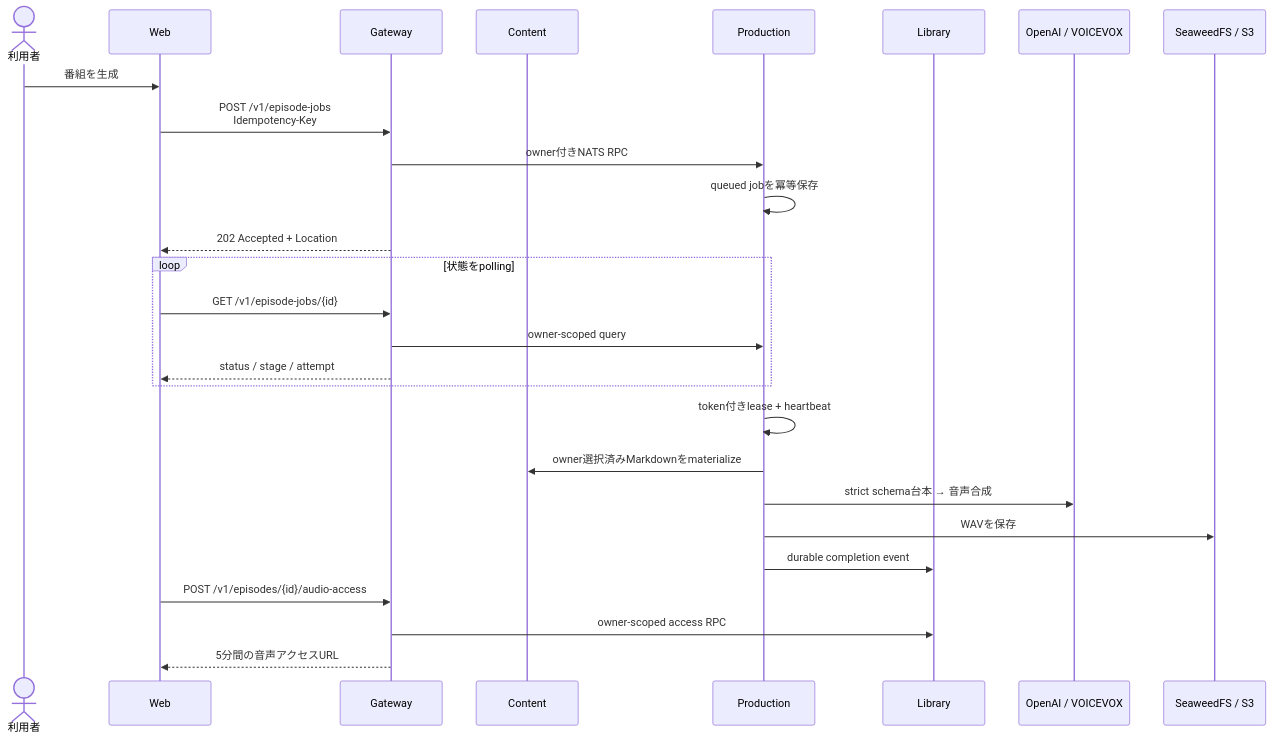
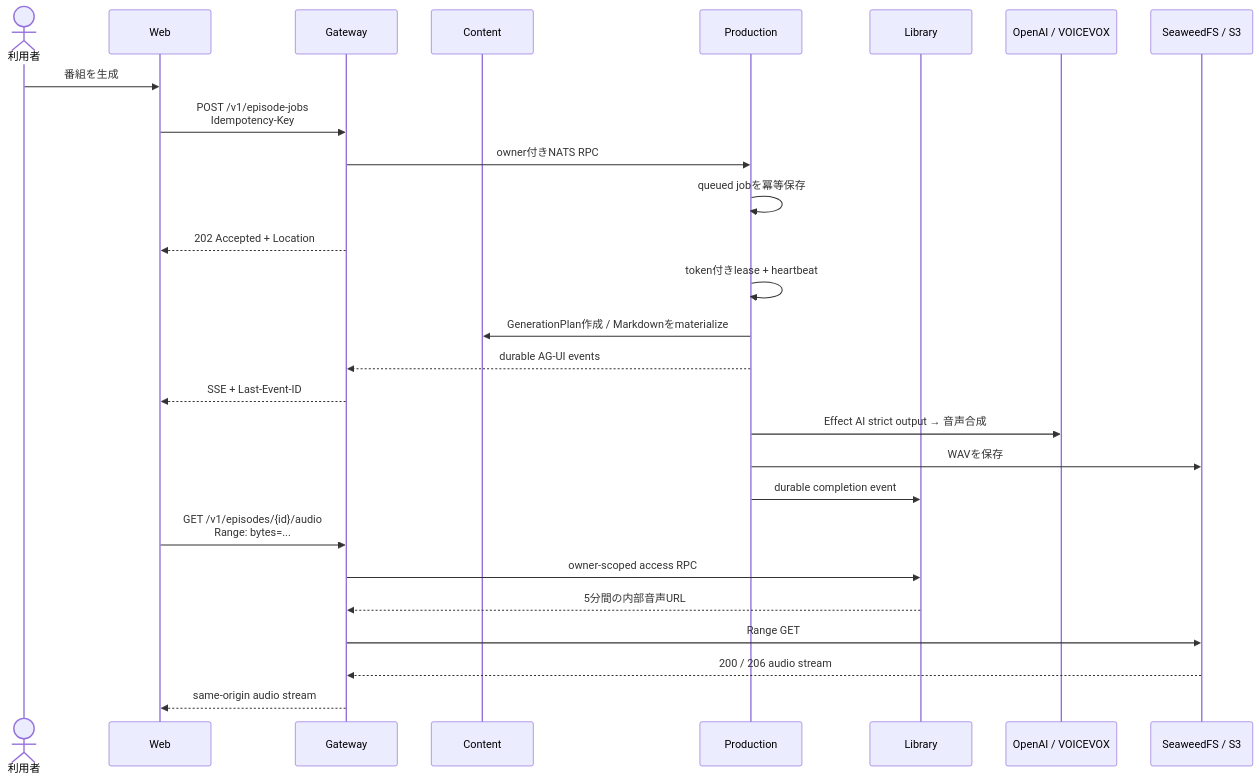
One commit to r4ai/news-podcast changed the fifth of 8 diagrams in docs/architecture.md. Above: the diagram before and after it, drawn with Mermaid. The commit also changed other lines of this file and 189 other files, not shown here.

First line of the commit message:
feat: rebuild Podcast Generation with Focus on Effect AI and AG-UI  (#22)

````diff
--- a/docs/architecture.md
+++ b/docs/architecture.md
@@ -169,30 +172,30 @@
 ```mermaid
 sequenceDiagram
   actor User as 利用者
   participant Web
   participant Gateway
   participant Content
   participant Production
   participant Library
   participant Providers as OpenAI / VOICEVOX
   participant Objects as SeaweedFS / S3
 
   User->>Web: 番組を生成
   Web->>Gateway: POST /v1/episode-jobs<br/>Idempotency-Key
   Gateway->>Production: owner付きNATS RPC
   Production->>Production: queued jobを冪等保存
   Gateway-->>Web: 202 Accepted + Location
-  loop 状態をpolling
-    Web->>Gateway: GET /v1/episode-jobs/{id}
-    Gateway->>Production: owner-scoped query
-    Gateway-->>Web: status / stage / attempt
-  end
   Production->>Production: token付きlease + heartbeat
-  Production->>Content: owner選択済みMarkdownをmaterialize
-  Production->>Providers: strict schema台本 → 音声合成
+  Production->>Content: GenerationPlan作成 / Markdownをmaterialize
+  Production-->>Gateway: durable AG-UI events
+  Gateway-->>Web: SSE + Last-Event-ID
+  Production->>Providers: Effect AI strict output → 音声合成
   Production->>Objects: WAVを保存
   Production->>Library: durable completion event
-  Web->>Gateway: POST /v1/episodes/{id}/audio-access
+  Web->>Gateway: GET /v1/episodes/{id}/audio<br/>Range: bytes=...
   Gateway->>Library: owner-scoped access RPC
-  Gateway-->>Web: 5分間の音声アクセスURL
+  Library-->>Gateway: 5分間の内部音声URL
+  Gateway->>Objects: Range GET
+  Objects-->>Gateway: 200 / 206 audio stream
+  Gateway-->>Web: same-origin audio stream
 ```
````
